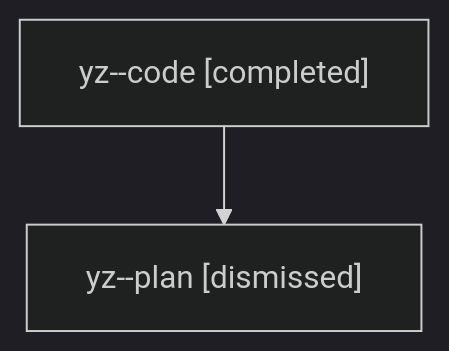
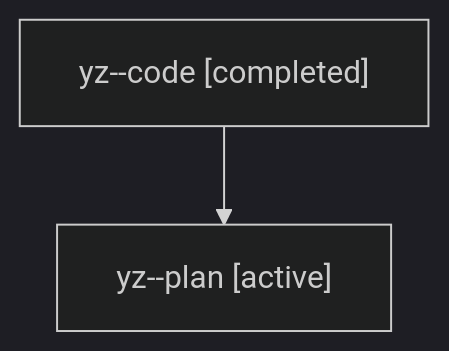
The diagram in families/bbugyi200.athena.yz.md (sase-org/sase--agents), drawn with Mermaid (dark theme) before and after one commit. The commit also changed other lines of this file and 35830 other files, not shown here.

````diff
--- a/families/bbugyi200.athena.yz.md
+++ b/families/bbugyi200.athena.yz.md
@@ -9,6 +9,6 @@
 ```mermaid
 flowchart TD
   n0["yz--code [completed]"]
-  n1["yz--plan [dismissed]"]
+  n1["yz--plan [active]"]
   n0 --> n1
 ```
````
